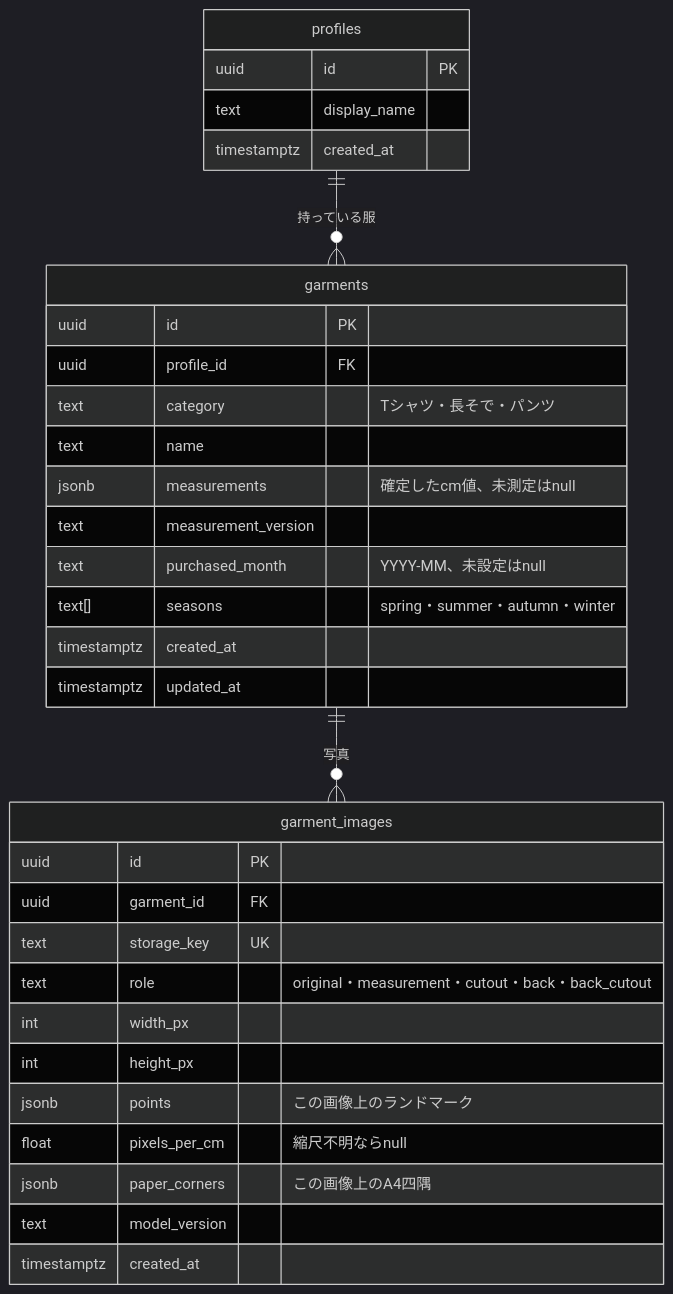
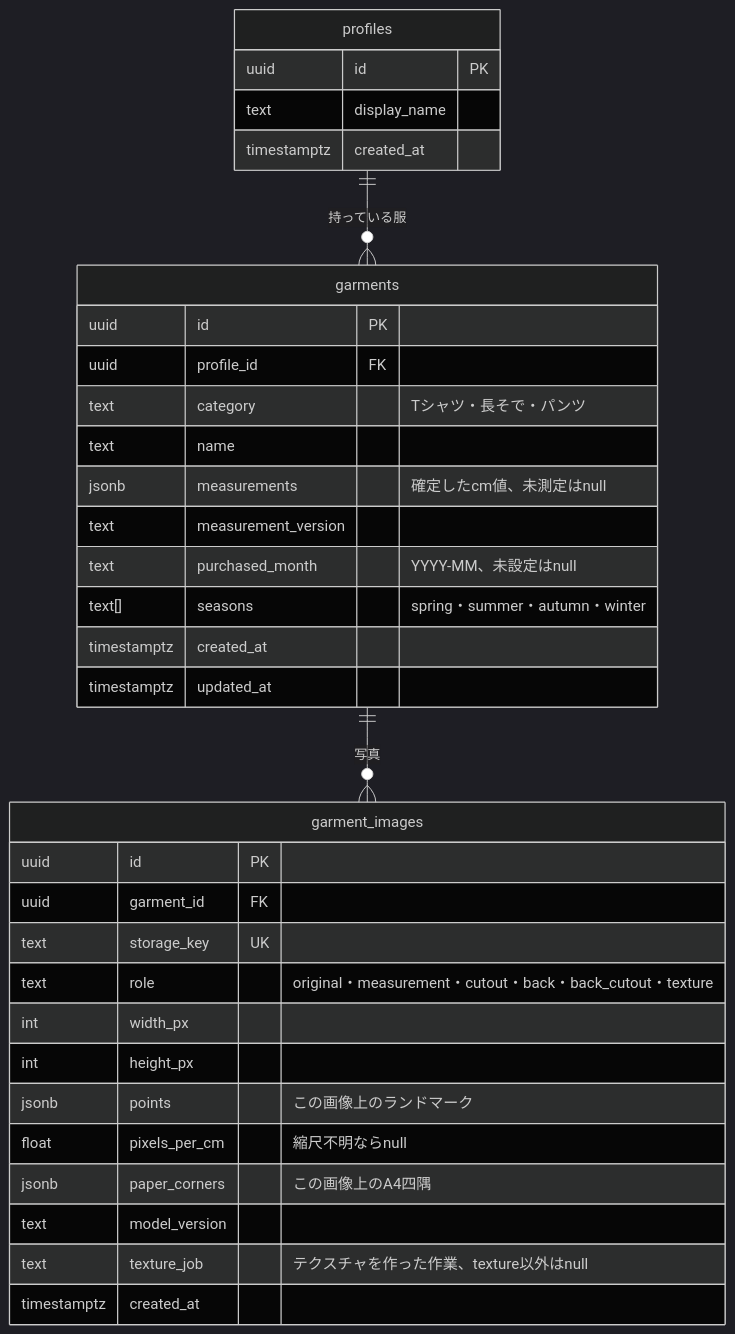
One commit to jphacks/tka_2617 changed the diagram in docs/er.md. Above: the diagram before and after it, drawn with Mermaid (dark theme). The commit also changed other lines of this file and 1 other file, not shown here.

````diff
--- a/docs/er.md
+++ b/docs/er.md
@@ -5,35 +5,36 @@
 ```mermaid
 erDiagram
   profiles ||--o{ garments : "持っている服"
   garments ||--o{ garment_images : "写真"
   profiles {
     uuid id PK
     text display_name
     timestamptz created_at
   }
   garments {
     uuid id PK
     uuid profile_id FK
     text category "Tシャツ・長そで・パンツ"
     text name
     jsonb measurements "確定したcm値、未測定はnull"
     text measurement_version
     text purchased_month "YYYY-MM、未設定はnull"
     text[] seasons "spring・summer・autumn・winter"
     timestamptz created_at
     timestamptz updated_at
   }
   garment_images {
     uuid id PK
     uuid garment_id FK
     text storage_key UK
-    text role "original・measurement・cutout・back・back_cutout"
+    text role "original・measurement・cutout・back・back_cutout・texture"
     int width_px
     int height_px
     jsonb points "この画像上のランドマーク"
     float pixels_per_cm "縮尺不明ならnull"
     jsonb paper_corners "この画像上のA4四隅"
     text model_version
+    text texture_job "テクスチャを作った作業、texture以外はnull"
     timestamptz created_at
   }
 ```
````
